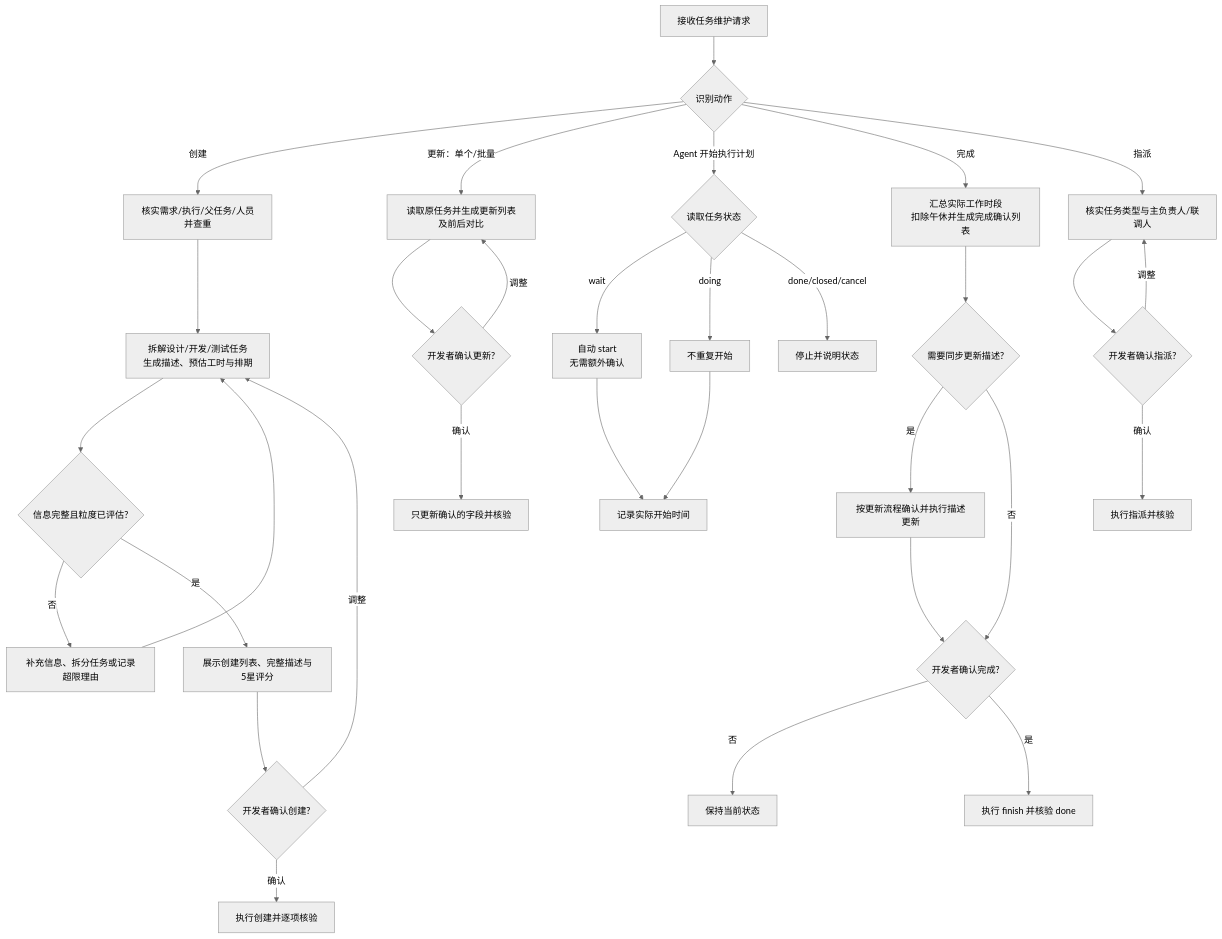
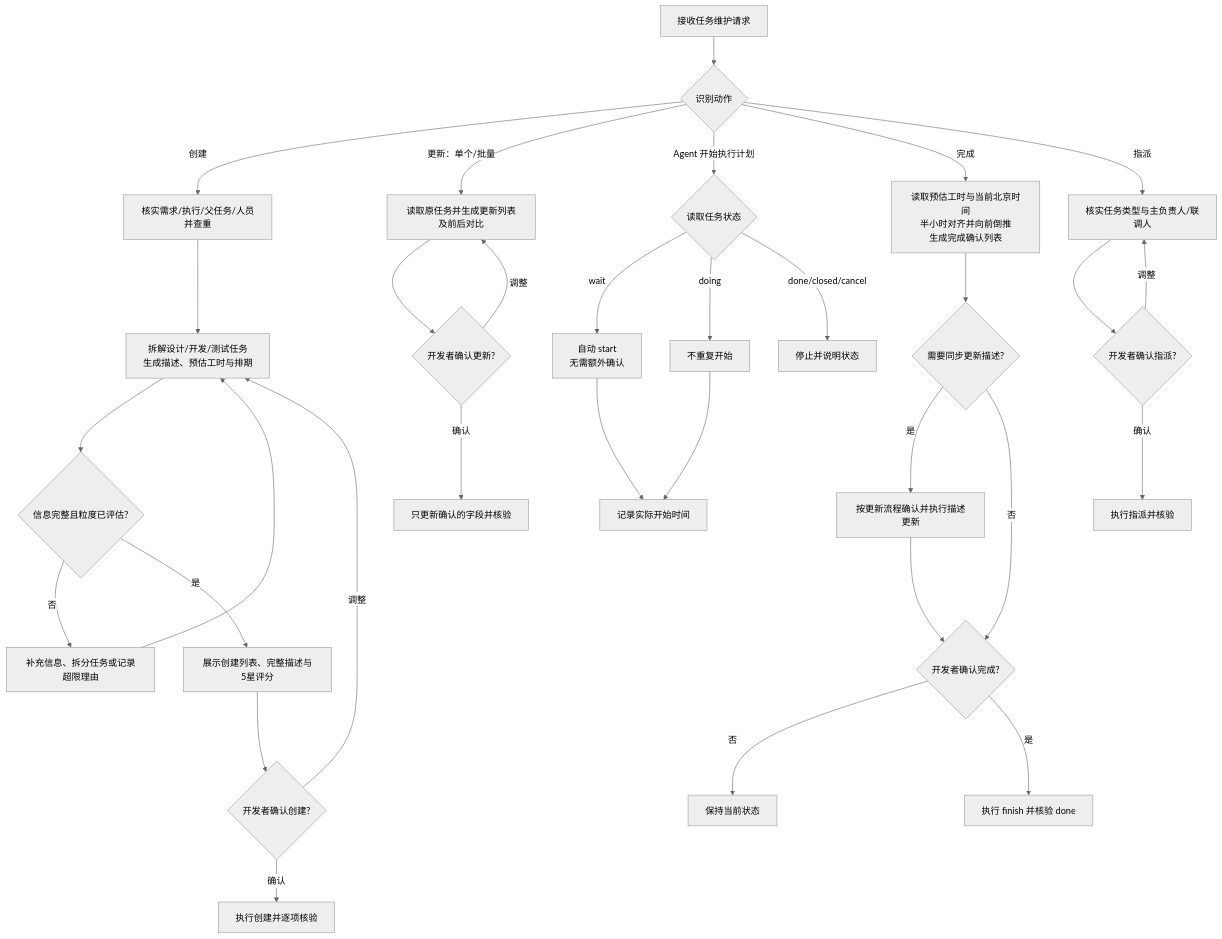
One commit to chrisstarr7/zentao-tools changed the diagram in references/team-task-standards.md. Above: the diagram before and after it, drawn with Mermaid (neutral theme). The commit also changed other lines of this file and 1 other file, not shown here.

````diff
--- a/references/team-task-standards.md
+++ b/references/team-task-standards.md
@@ -16,39 +16,39 @@
 ```mermaid
 flowchart TD
     A[接收任务维护请求] --> B{识别动作}
 
     B -->|创建| C[核实需求/执行/父任务/人员并查重]
     C --> D[拆解设计/开发/测试任务<br/>生成描述、预估工时与排期]
     D --> E{信息完整且粒度已评估?}
     E -->|否| F[补充信息、拆分任务或记录超限理由]
     F --> D
     E -->|是| G[展示创建列表、完整描述与5星评分]
     G --> H{开发者确认创建?}
     H -->|调整| D
     H -->|确认| I[执行创建并逐项核验]
 
     B -->|更新：单个/批量| J[读取原任务并生成更新列表及前后对比]
     J --> K{开发者确认更新?}
     K -->|调整| J
     K -->|确认| L[只更新确认的字段并核验]
 
     B -->|Agent 开始执行计划| M{读取任务状态}
     M -->|wait| N[自动 start<br/>无需额外确认]
     M -->|doing| O[不重复开始]
     M -->|done/closed/cancel| P[停止并说明状态]
     N --> Q[记录实际开始时间]
     O --> Q
 
-    B -->|完成| R[汇总实际工作时段<br/>扣除午休并生成完成确认列表]
+    B -->|完成| R[读取预估工时与当前北京时间<br/>半小时对齐并向前倒推<br/>生成完成确认列表]
     R --> S{需要同步更新描述?}
     S -->|是| S1[按更新流程确认并执行描述更新]
     S1 --> T
     S -->|否| T{开发者确认完成?}
     T -->|否| U[保持当前状态]
     T -->|是| V[执行 finish 并核验 done]
 
     B -->|指派| W[核实任务类型与主负责人/联调人]
     W --> X{开发者确认指派?}
     X -->|调整| W
     X -->|确认| Y[执行指派并核验]
 ```
````
